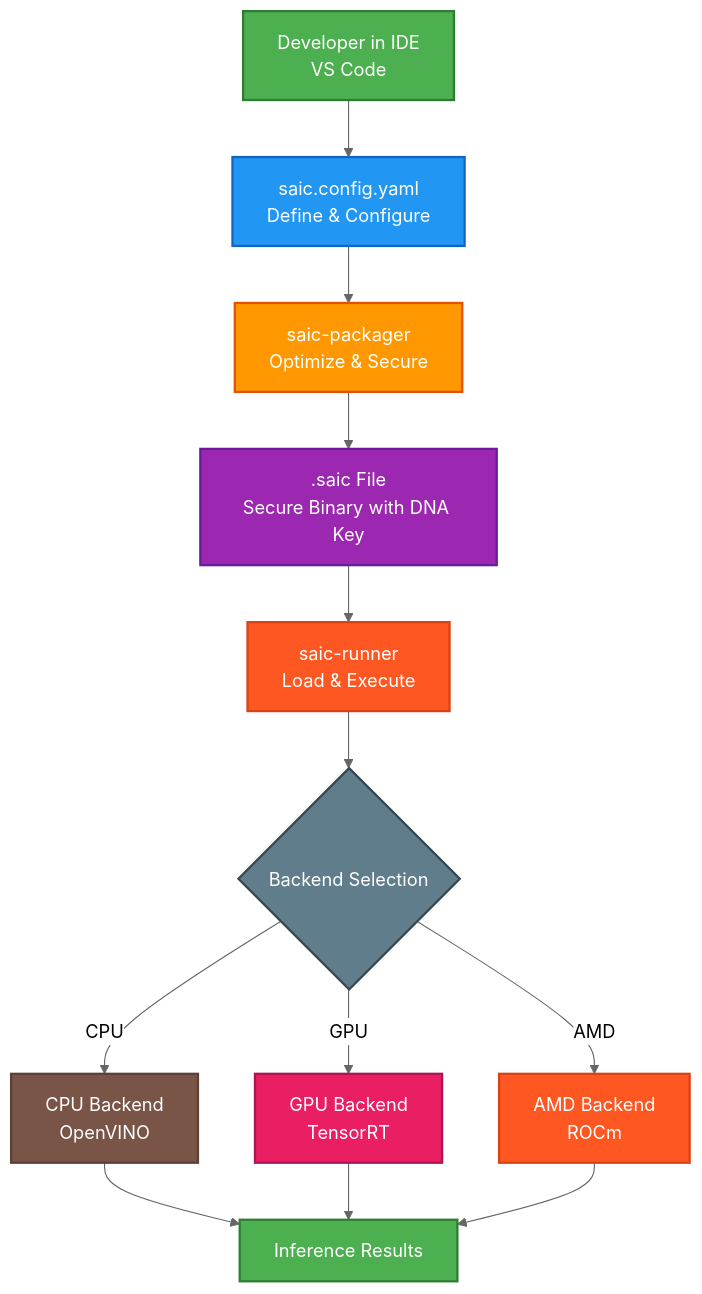
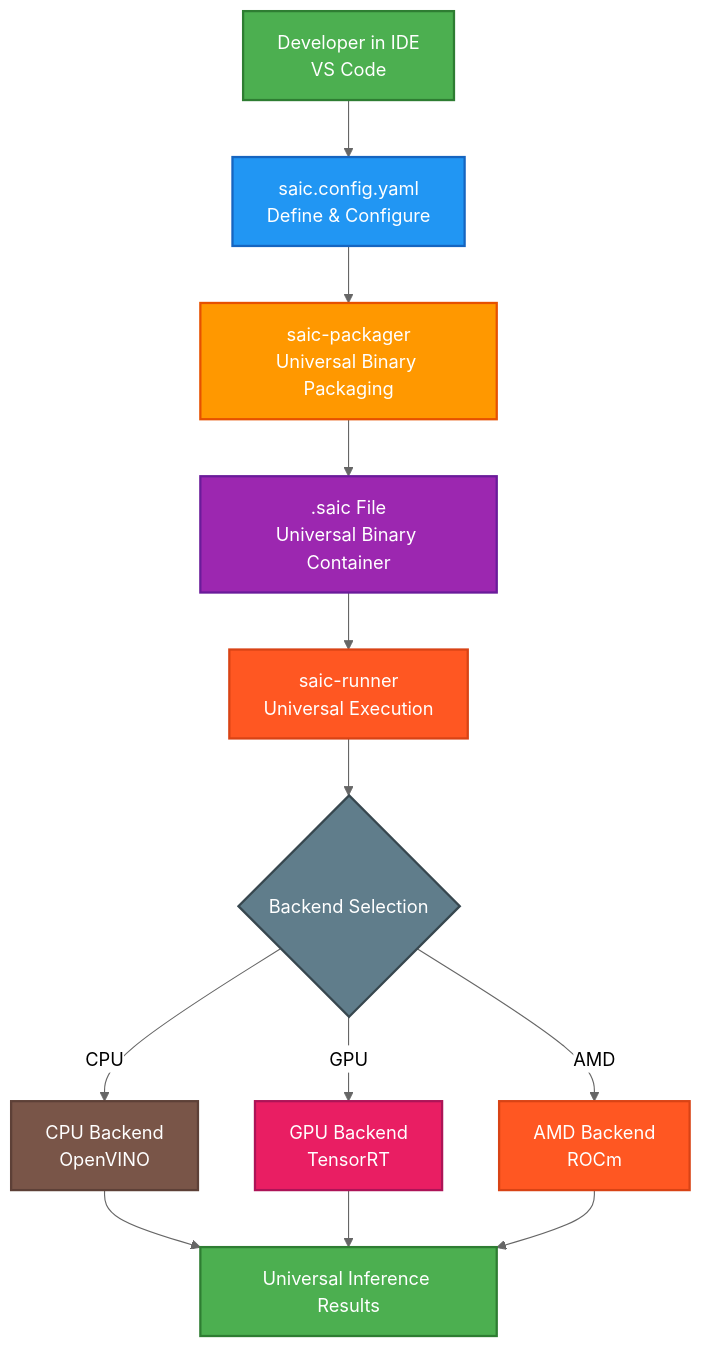
One commit to Shark1n4Suit/Cnox changed the second of 2 diagrams in README.md. Above: the diagram before and after it, drawn with Mermaid (neutral theme). The commit also changed other lines of this file and 13 other files, not shown here.

````diff
--- a/README.md
+++ b/README.md
@@ -79,25 +80,25 @@
 ```mermaid
 graph TD
     A[Developer in IDE<br/>VS Code] --> B[saic.config.yaml<br/>Define & Configure]
-    B --> C[saic-packager<br/>Optimize & Secure]
-    C --> D[.saic File<br/>Secure Binary with DNA Key]
-    D --> E[saic-runner<br/>Load & Execute]
+    B --> C[saic-packager<br/>Universal Binary Packaging]
+    C --> D[.saic File<br/>Universal Binary Container]
+    D --> E[saic-runner<br/>Universal Execution]
     E --> F{Backend Selection}
     F -->|CPU| G[CPU Backend<br/>OpenVINO]
     F -->|GPU| H[GPU Backend<br/>TensorRT]
     F -->|AMD| I[AMD Backend<br/>ROCm]
-    G --> J[Inference Results]
+    G --> J[Universal Inference Results]
     H --> J
     I --> J
     
     style A fill:#4CAF50,stroke:#2E7D32,stroke-width:2px,color:#fff
     style B fill:#2196F3,stroke:#1565C0,stroke-width:2px,color:#fff
     style C fill:#FF9800,stroke:#E65100,stroke-width:2px,color:#fff
     style D fill:#9C27B0,stroke:#6A1B9A,stroke-width:2px,color:#fff
     style E fill:#FF5722,stroke:#D84315,stroke-width:2px,color:#fff
     style F fill:#607D8B,stroke:#37474F,stroke-width:2px,color:#fff
     style G fill:#795548,stroke:#5D4037,stroke-width:2px,color:#fff
     style H fill:#E91E63,stroke:#AD1457,stroke-width:2px,color:#fff
     style I fill:#FF5722,stroke:#D84315,stroke-width:2px,color:#fff
     style J fill:#4CAF50,stroke:#2E7D32,stroke-width:2px,color:#fff
 ```
````
